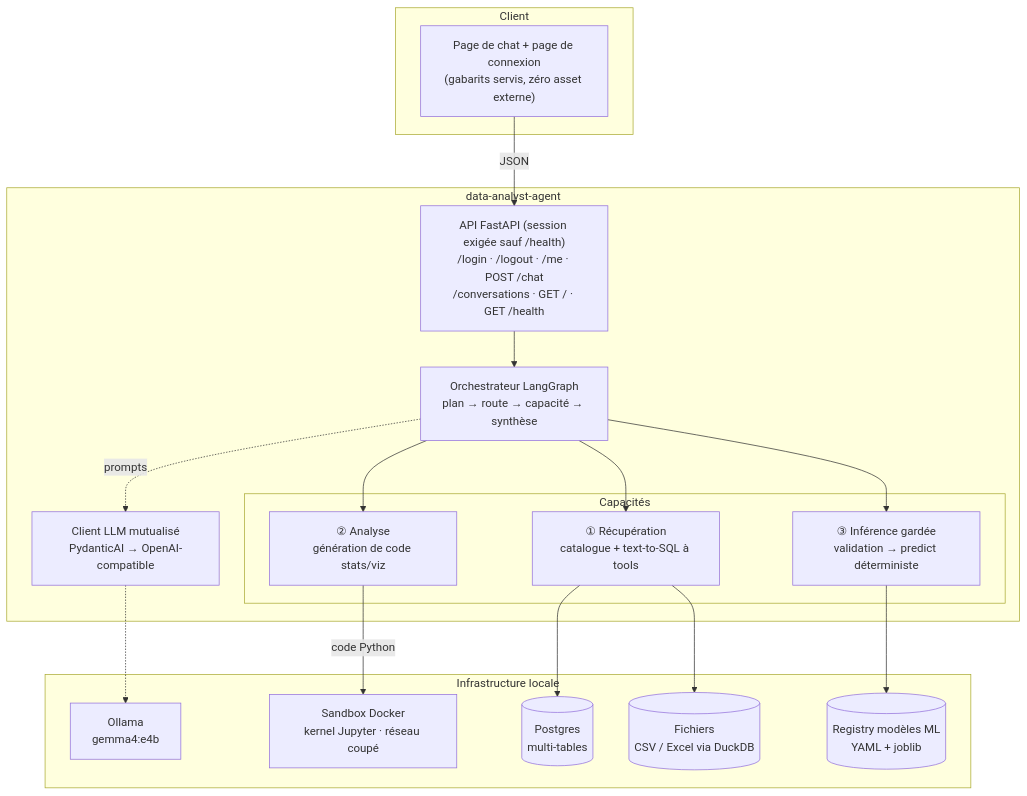
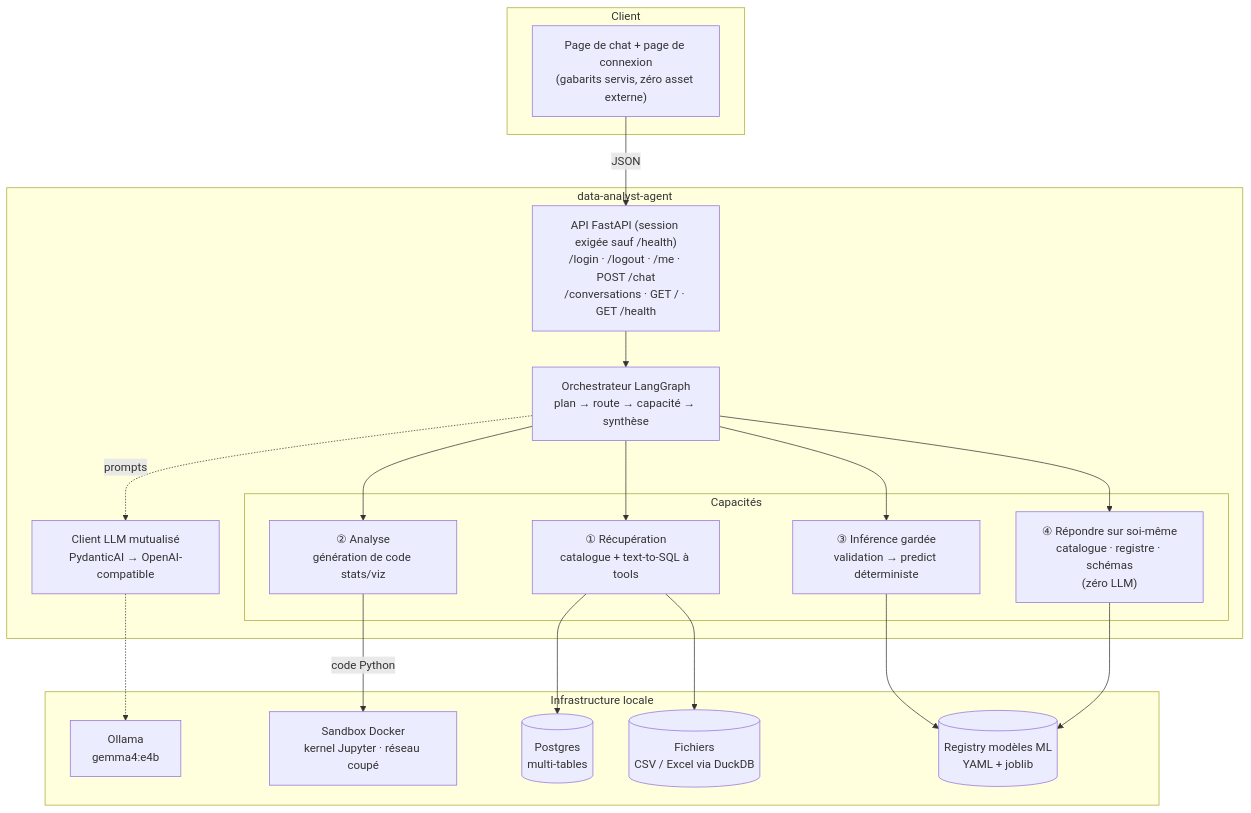
One commit to floSa/data-analyst-agent changed the first of 3 diagrams in docs/ARCHITECTURE.md. Above: the diagram before and after it, drawn with Mermaid. The commit also changed other lines of this file and 12 other files, not shown here.

````diff
--- a/docs/ARCHITECTURE.md
+++ b/docs/ARCHITECTURE.md
@@ -26,33 +26,35 @@
 ```mermaid
 flowchart TB
     subgraph client["Client"]
         UI["Page de chat + page de connexion<br/>(gabarits servis, zéro asset externe)"]
     end
 
     subgraph app["data-analyst-agent"]
         API["API FastAPI (session exigée sauf /health)<br/>/login · /logout · /me · POST /chat<br/>/conversations · GET / · GET /health"]
         ORCH["Orchestrateur LangGraph<br/>plan → route → capacité → synthèse"]
         LLM["Client LLM mutualisé<br/>PydanticAI → OpenAI-compatible"]
 
         subgraph caps["Capacités"]
             RET["① Récupération<br/>catalogue + text-to-SQL à tools"]
             ANA["② Analyse<br/>génération de code stats/viz"]
             INF["③ Inférence gardée<br/>validation → predict déterministe"]
+            SYS["④ Répondre sur soi-même<br/>catalogue · registre · schémas<br/>(zéro LLM)"]
         end
     end
 
     subgraph infra["Infrastructure locale"]
         OLLAMA["Ollama<br/>gemma4:e4b"]
         SBX["Sandbox Docker<br/>kernel Jupyter · réseau coupé"]
         PG[("Postgres<br/>multi-tables")]
         FILES[("Fichiers<br/>CSV / Excel via DuckDB")]
         REG[("Registry modèles ML<br/>YAML + joblib")]
     end
 
     UI -->|JSON| API --> ORCH
-    ORCH --> RET & ANA & INF
+    ORCH --> RET & ANA & INF & SYS
     ORCH -.->|prompts| LLM -.-> OLLAMA
     RET --> PG & FILES
     ANA -->|code Python| SBX
     INF --> REG
+    SYS --> REG
 ```
````
